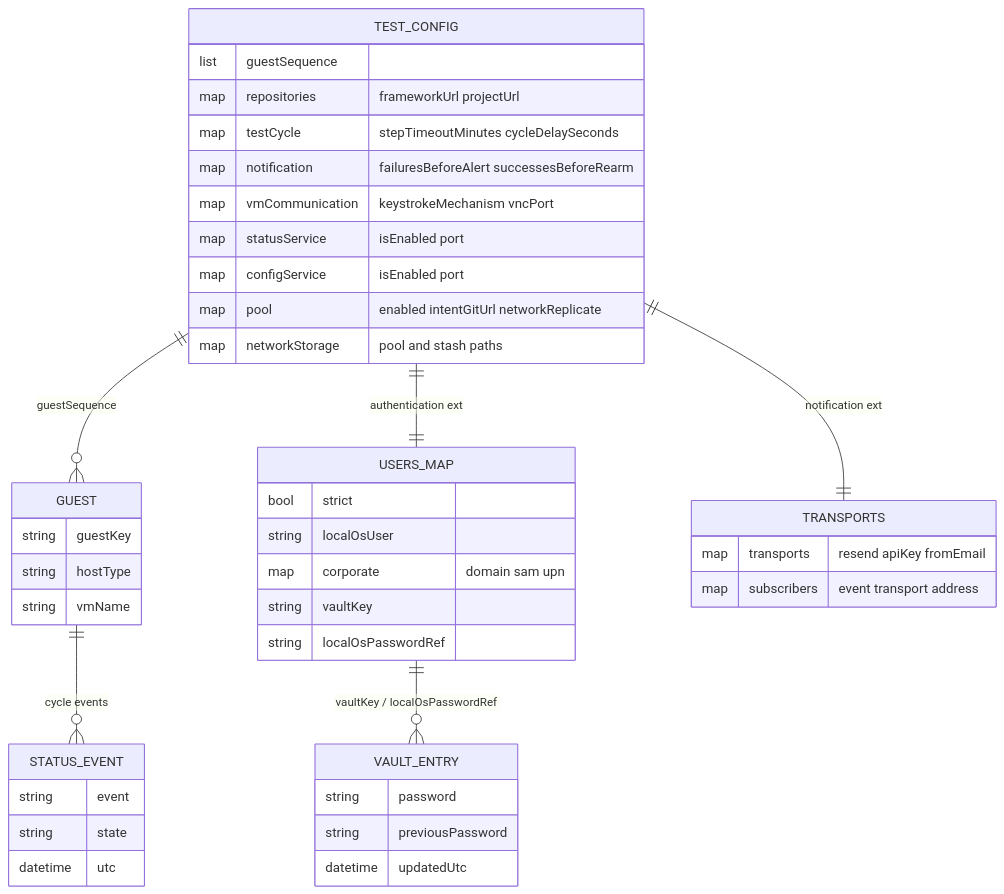
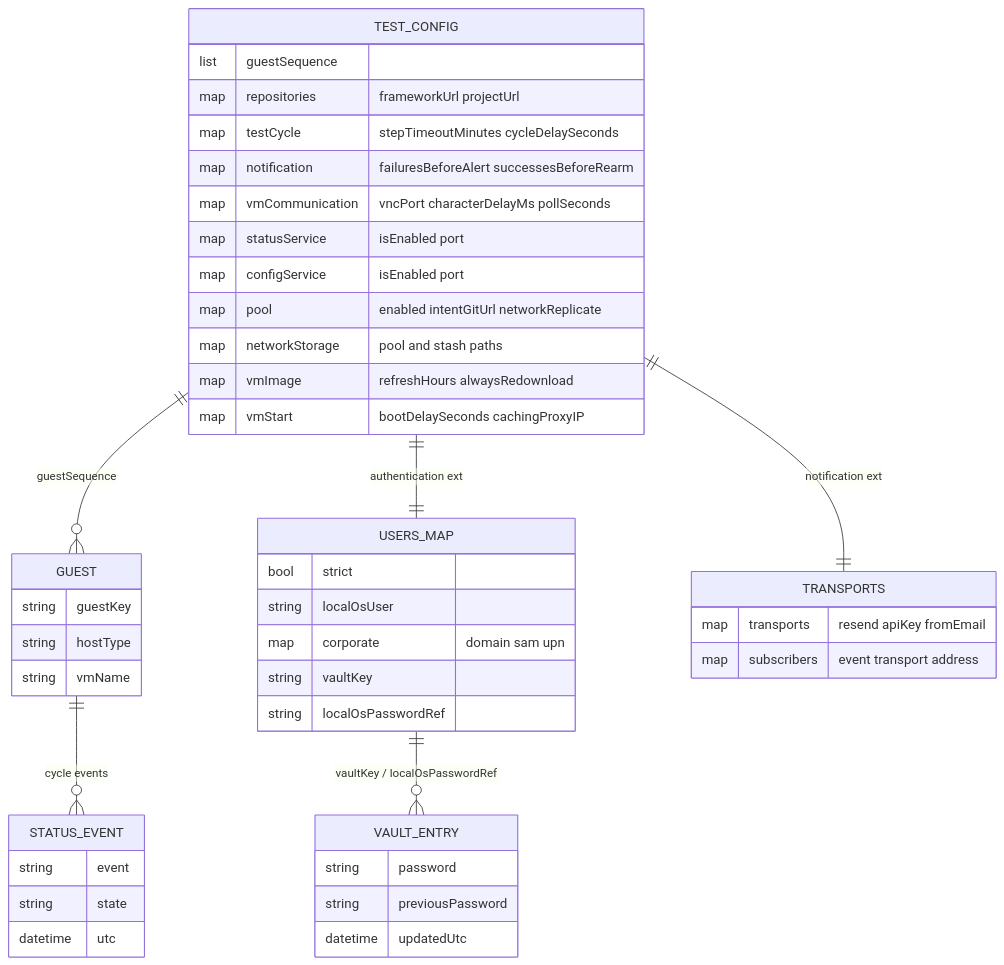
Before and after one commit to alissonsol/yuruna: the second of 2 diagrams in docs/design/05-data-model.md, drawn with Mermaid. The commit also changed other lines of this file and 572 other files, not shown here.

````diff
--- a/docs/design/05-data-model.md
+++ b/docs/design/05-data-model.md
@@ -74,46 +74,48 @@
 ```mermaid
 erDiagram
     TEST_CONFIG ||--o{ GUEST : guestSequence
     TEST_CONFIG ||--|| USERS_MAP : "authentication ext"
     TEST_CONFIG ||--|| TRANSPORTS : "notification ext"
     USERS_MAP ||--o{ VAULT_ENTRY : "vaultKey / localOsPasswordRef"
     GUEST ||--o{ STATUS_EVENT : "cycle events"
 
     TEST_CONFIG {
         list guestSequence
         map repositories "frameworkUrl projectUrl"
         map testCycle "stepTimeoutMinutes cycleDelaySeconds"
         map notification "failuresBeforeAlert successesBeforeRearm"
-        map vmCommunication "keystrokeMechanism vncPort"
+        map vmCommunication "vncPort characterDelayMs pollSeconds"
         map statusService "isEnabled port"
         map configService "isEnabled port"
         map pool "enabled intentGitUrl networkReplicate"
         map networkStorage "pool and stash paths"
+        map vmImage "refreshHours alwaysRedownload"
+        map vmStart "bootDelaySeconds cachingProxyIP"
     }
     GUEST {
         string guestKey
         string hostType
         string vmName
     }
     USERS_MAP {
         bool strict
         string localOsUser
         map corporate "domain sam upn"
         string vaultKey
         string localOsPasswordRef
     }
     VAULT_ENTRY {
         string password
         string previousPassword
         datetime updatedUtc
     }
     TRANSPORTS {
         map transports "resend apiKey fromEmail"
         map subscribers "event transport address"
     }
     STATUS_EVENT {
         string event
         string state
         datetime utc
     }
 ```
````
